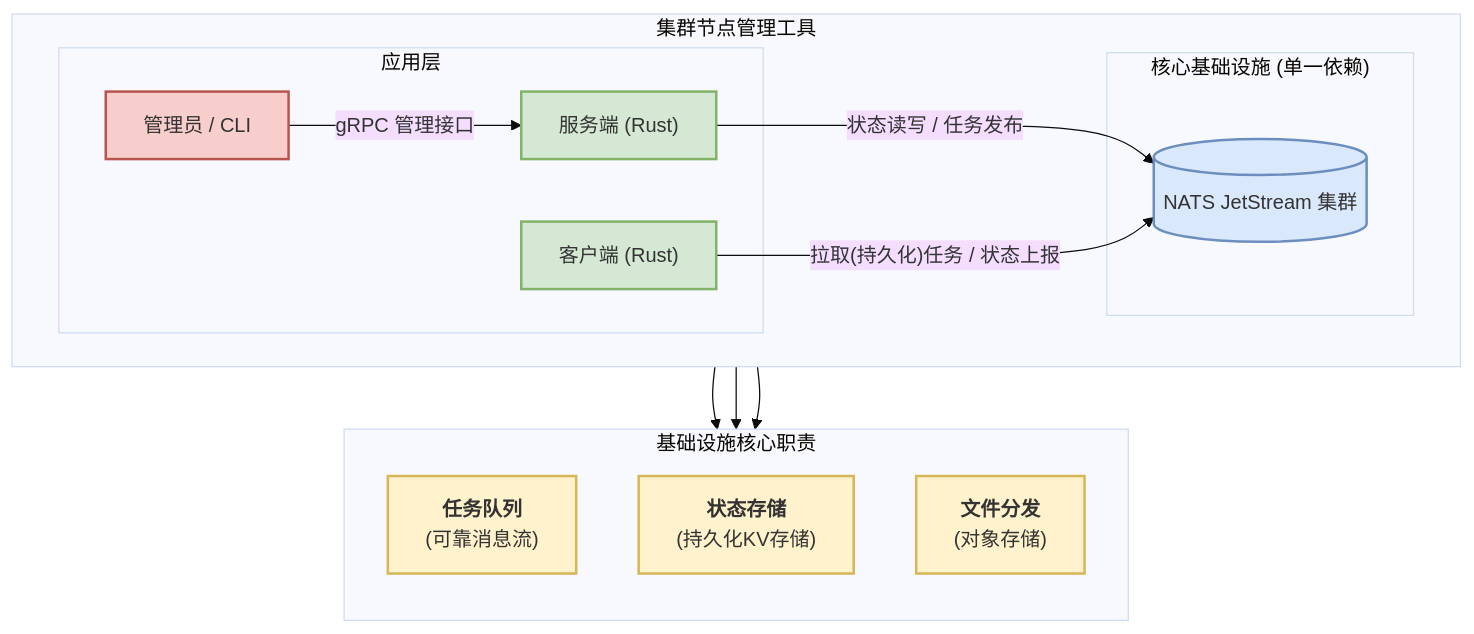
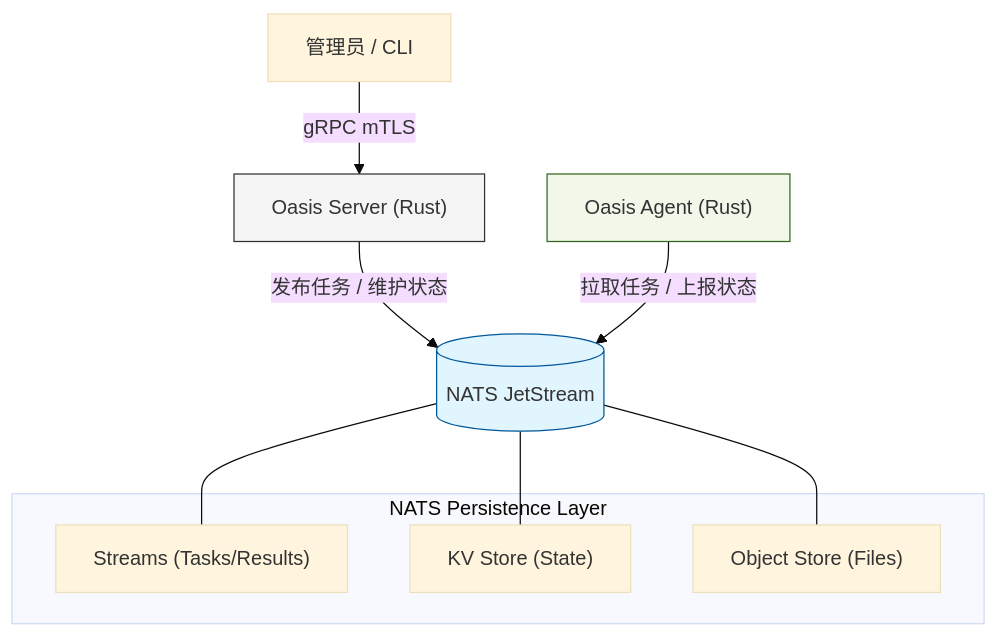
One commit to CHAK-MING/oasis changed the diagram in README.md. Above: the diagram before and after it, drawn with Mermaid (base theme). The commit also changed other lines of this file and 43 other files, not shown here.

````diff
--- a/README.md
+++ b/README.md
@@ -372,37 +84,19 @@
 ```mermaid
 graph TD
-    %% 定义不同组件的样式
-    classDef server fill:#D5E8D4,stroke:#82B366,stroke-width:2px;
-    classDef agent fill:#D5E8D4,stroke:#82B366,stroke-width:2px;
-    classDef infra fill:#DAE8FC,stroke:#6C8EBF,stroke-width:2px;
-    classDef responsibility fill:#FFF2CC,stroke:#D6B656,stroke-width:2px;
-    classDef admin fill:#F8CECC,stroke:#B85450,stroke-width:2px;
+    classDef server fill:#f5f5f5,stroke:#333,stroke-width:1px;
+    classDef infra fill:#e1f5fe,stroke:#01579b,stroke-width:1px;
+    classDef agent fill:#f1f8e9,stroke:#33691e,stroke-width:1px;
 
-    subgraph "集群节点管理工具"
-        direction LR
-        subgraph "应用层"
-            Admin["管理员 / CLI"]:::admin
-            Server["服务端 (Rust)"]:::server
-            Agent["客户端 (Rust)"]:::agent
-        end
+    Admin["管理员 / CLI"] -->|gRPC mTLS| Server["Oasis Server (Rust)"]:::server
+    Server -->|发布任务 / 维护状态| NATS[("NATS JetStream")]:::infra
+    Agent["Oasis Agent (Rust)"]:::agent -->|拉取任务 / 上报状态| NATS
 
-        subgraph "核心基础设施 (单一依赖)"
-            JetStream[("NATS JetStream 集群")]:::infra
-        end
-
-        Admin -- "gRPC 管理接口" --> Server
-        Server -- "状态读写 / 任务发布" --> JetStream
-        Agent -- "拉取(持久化)任务 / 状态上报" --> JetStream
+    subgraph "NATS Persistence Layer"
+        Queue["Streams (Tasks/Results)"]
+        KV["KV Store (State)"]
+        Obj["Object Store (Files)"]
     end
-
-    subgraph "基础设施核心职责"
-        direction TB
-        TaskQueue["<b>任务队列</b><br/>(可靠消息流)"]:::responsibility
-        StateStore["<b>状态存储</b><br/>(持久化KV存储)"]:::responsibility
-        FileStore["<b>文件分发</b><br/>(对象存储)"]:::responsibility
-    end
-
-    JetStream --> TaskQueue
-    JetStream --> StateStore
-    JetStream --> FileStore
+    NATS --- Queue
+    NATS --- KV
+    NATS --- Obj
 ```
````
